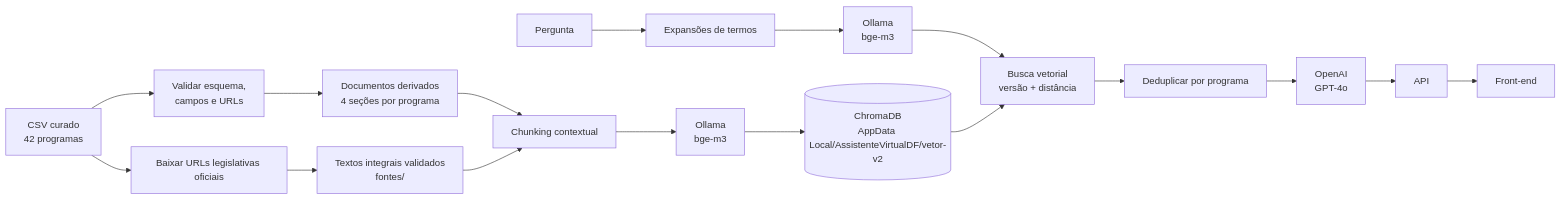
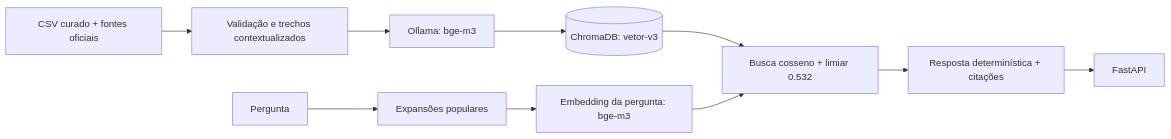
Before and after one commit to purpleaither/SegundoChallenge: the diagram in Dados-RAG/RAG/README.md, drawn with Mermaid. The commit also changed other lines of this file and 31382 other files, not shown here.

````diff
--- a/Dados-RAG/RAG/README.md
+++ b/Dados-RAG/RAG/README.md
@@ -17,19 +16,12 @@
 ```mermaid
 flowchart LR
-    CSV["CSV curado<br/>42 programas"] --> Validate["Validar esquema,<br/>campos e URLs"]
-    Validate --> Docs["Documentos derivados<br/>4 seções por programa"]
-    CSV --> Fetch["Baixar URLs legislativas oficiais"]
-    Fetch --> Laws["Textos integrais validados<br/>fontes/"]
-    Docs --> Chunks["Chunking contextual"]
-    Laws --> Chunks
-    Chunks --> Embed["Ollama<br/>bge-m3"]
-    Embed --> Store[("ChromaDB<br/>AppData Local/AssistenteVirtualDF/vetor-v2")]
-    Question["Pergunta"] --> Expand["Expansões de termos"]
-    Expand --> QueryEmbed["Ollama<br/>bge-m3"]
-    QueryEmbed --> Search["Busca vetorial<br/>versão + distância"]
-    Store --> Search
-    Search --> Dedupe["Deduplicar por programa"]
-    Dedupe --> Answer["OpenAI<br/>GPT-4o"]
-    Answer --> API["API"]
-    API --> UI["Front-end"]
+    CSV["CSV curado + fontes oficiais"] --> Chunks["Validação e trechos contextualizados"]
+    Chunks --> Embed["Ollama: bge-m3"]
+    Embed --> Store[("ChromaDB: vetor-v3")]
+    Question["Pergunta"] --> Expand["Expansões populares"]
+    Expand --> Query["Embedding da pergunta: bge-m3"]
+    Store --> Search["Busca cosseno + limiar 0.532"]
+    Query --> Search
+    Search --> Template["Resposta determinística + citações"]
+    Template --> API["FastAPI"]
 ```
````
